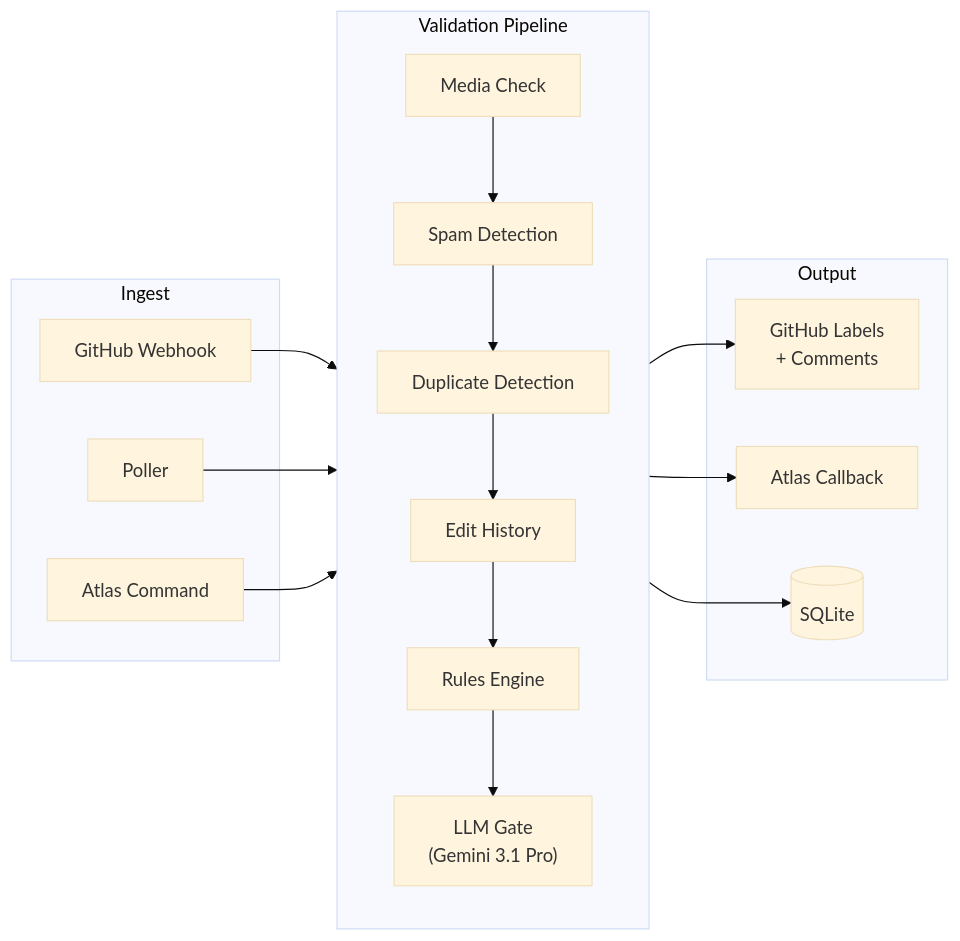
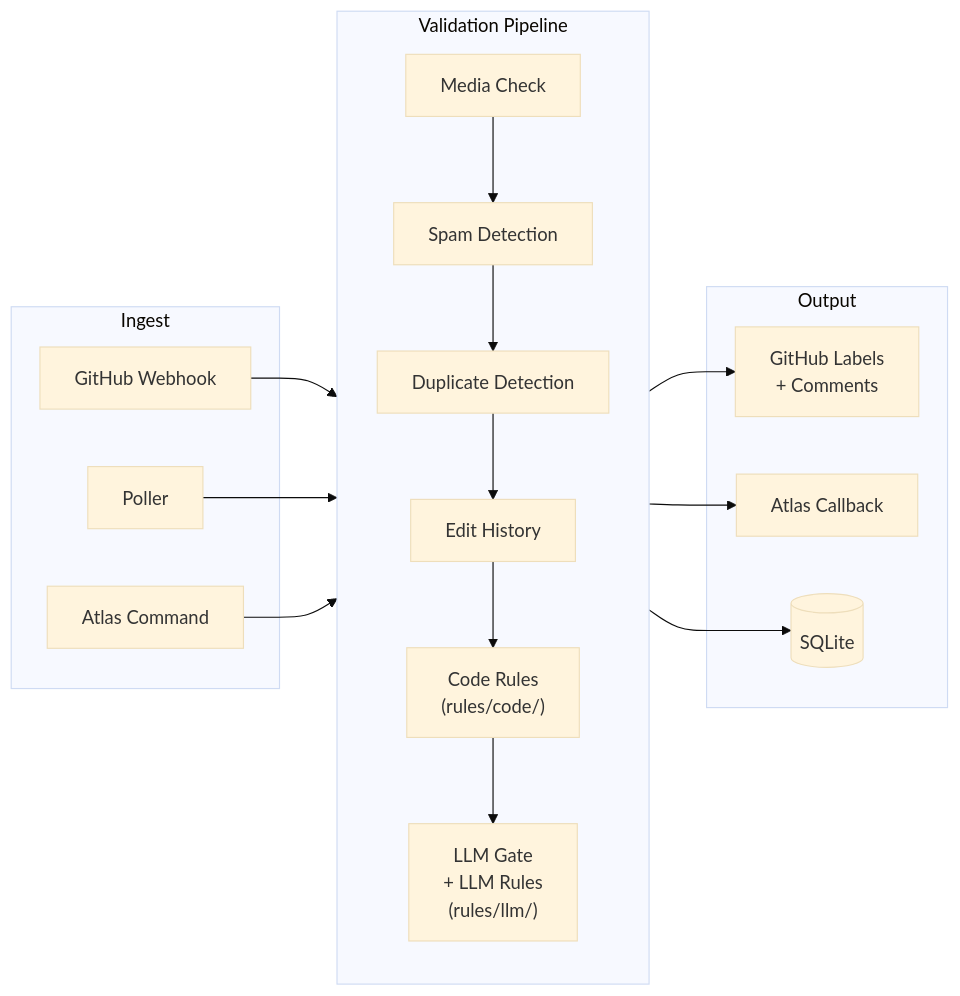
The diagram in README.md (PlatformNetwork/bounty-bot), drawn with Mermaid (base theme) before and after one commit. The commit also changed other lines of this file and 15 other files, not shown here.

First line of the commit message:
feat: split rules into code/ and llm/ directories

````diff
--- a/README.md
+++ b/README.md
@@ -30,30 +30,30 @@
 ```mermaid
 flowchart LR
     subgraph Ingest
         GH[GitHub Webhook]
         POLL[Poller]
         API[Atlas Command]
     end
 
     subgraph Validate["Validation Pipeline"]
         direction TB
         MEDIA[Media Check] --> SPAM[Spam Detection]
         SPAM --> DUP[Duplicate Detection]
         DUP --> EDIT[Edit History]
-        EDIT --> RULES[Rules Engine]
-        RULES --> LLM["LLM Gate\n(Gemini 3.1 Pro)"]
+        EDIT --> CODE["Code Rules\n(rules/code/)"]
+        CODE --> LLM["LLM Gate\n+ LLM Rules\n(rules/llm/)"]
     end
 
     subgraph Output
         GH_MUT[GitHub Labels\n+ Comments]
         ATLAS_CB[Atlas Callback]
         DB[(SQLite)]
     end
 
     GH --> Validate
     POLL --> Validate
     API --> Validate
     Validate --> GH_MUT
     Validate --> ATLAS_CB
     Validate --> DB
 ```
````
